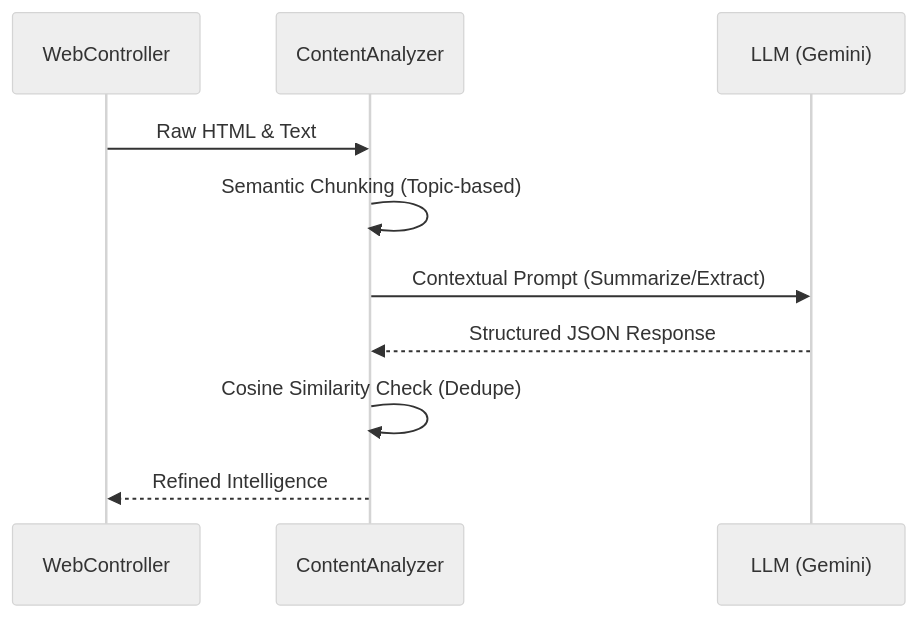
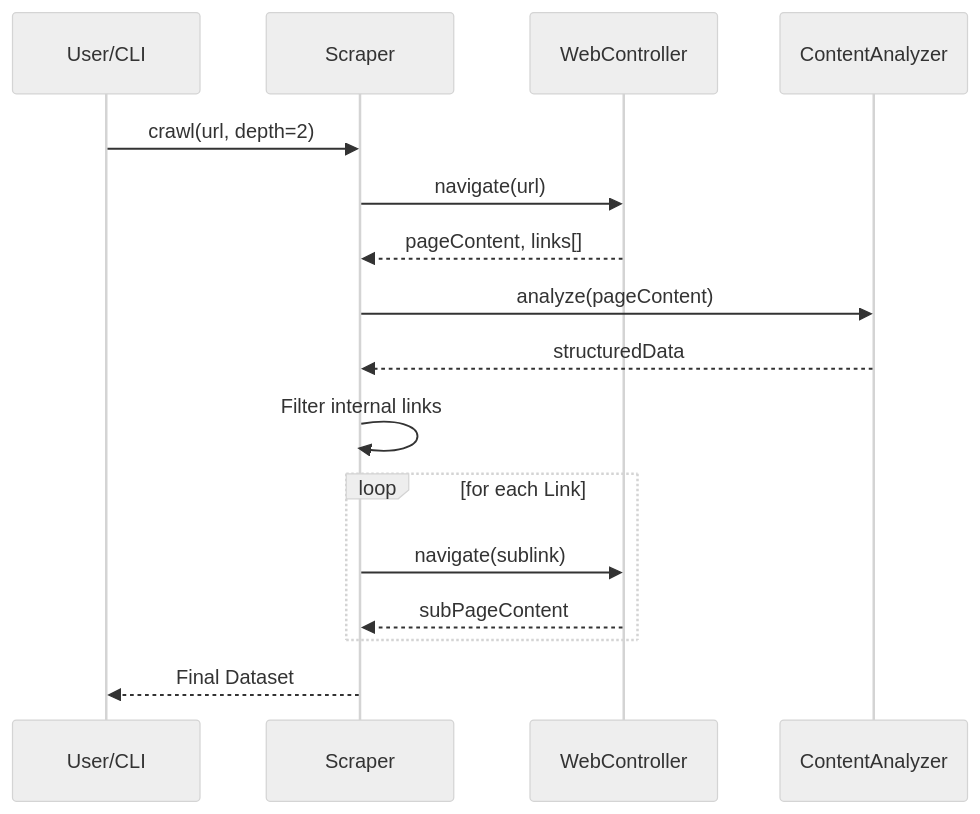
The third of 3 diagrams in README.md (ElysiumOSS/enterprise-ai-recursive-web-scraper), drawn with Mermaid (neutral theme) before and after one commit. The commit also changed other lines of this file, not shown here.

````diff
--- a/README.md
+++ b/README.md
@@ -237,13 +213,19 @@
 ```mermaid
 sequenceDiagram
+    participant U as User/CLI
+    participant S as Scraper
     participant W as WebController
     participant A as ContentAnalyzer
-    participant L as LLM (Gemini)
     
-    W->>A: Raw HTML & Text
-    A->>A: Semantic Chunking (Topic-based)
-    A->>L: Contextual Prompt (Summarize/Extract)
-    L-->>A: Structured JSON Response
-    A->>A: Cosine Similarity Check (Dedupe)
-    A-->>W: Refined Intelligence
+    U->>S: crawl(url, depth=2)
+    S->>W: navigate(url)
+    W-->>S: pageContent, links[]
+    S->>A: analyze(pageContent)
+    A-->>S: structuredData
+    S->>S: Filter internal links
+    loop for each Link
+        S->>W: navigate(sublink)
+        W-->>S: subPageContent
+    end
+    S-->>U: Final Dataset
 ```
````
